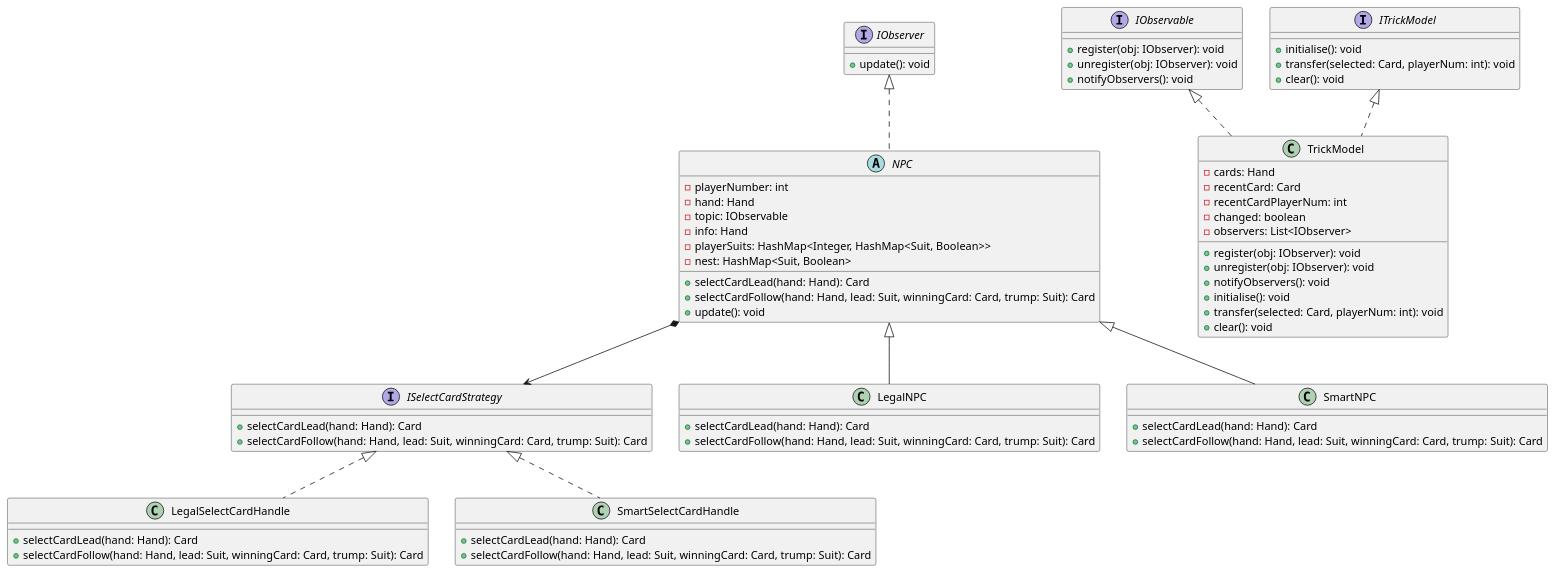
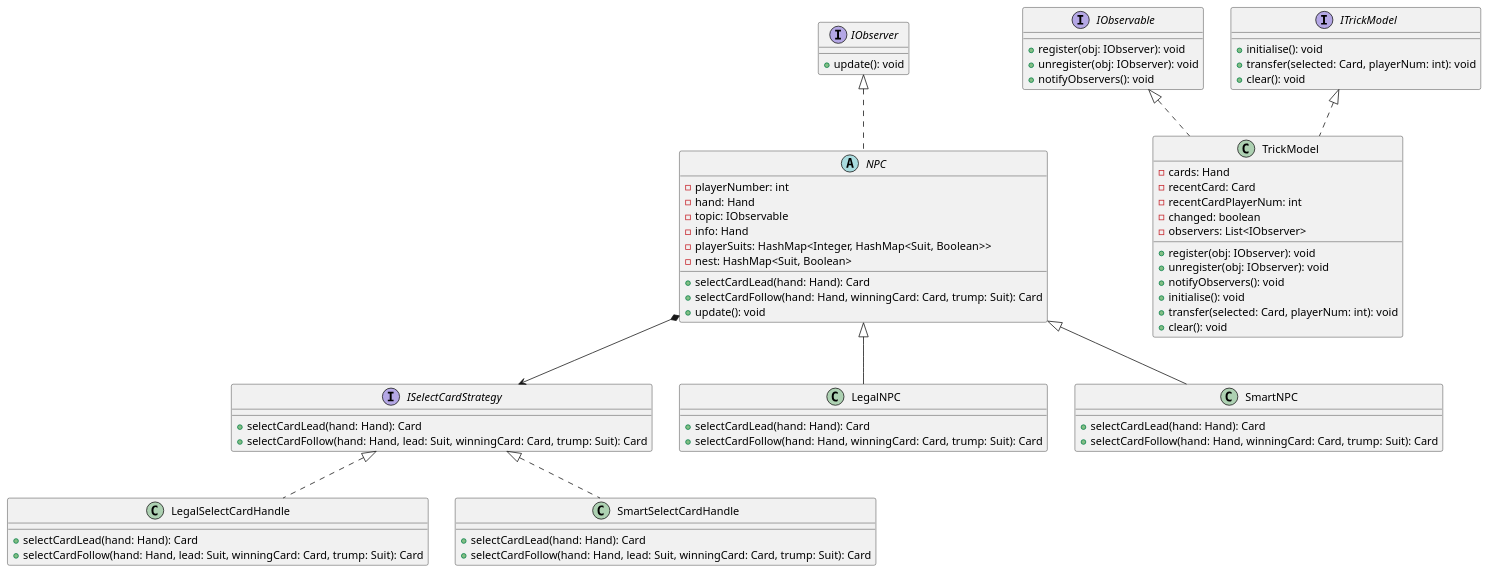
Before and after one commit to Haswf/Whist: the diagram in uml/DesignClassDiagram.puml, drawn with PlantUML. The commit also changed 7 other files, not shown here.

```diff
--- a/uml/DesignClassDiagram.puml
+++ b/uml/DesignClassDiagram.puml
@@ -1,75 +1,75 @@
 @startuml
 
 abstract class NPC implements IObserver {
     - playerNumber: int
     - hand: Hand
     - topic: IObservable
     - info: Hand
     - playerSuits: HashMap<Integer, HashMap<Suit, Boolean>>
     - nest: HashMap<Suit, Boolean>
 
     + selectCardLead(hand: Hand): Card
-    + selectCardFollow(hand: Hand, lead: Suit, winningCard: Card, trump: Suit): Card
+    + selectCardFollow(hand: Hand, winningCard: Card, trump: Suit): Card
     + update(): void
 }
 NPC *--> ISelectCardStrategy
 
 class LegalNPC extends NPC {
     + selectCardLead(hand: Hand): Card
-    + selectCardFollow(hand: Hand, lead: Suit, winningCard: Card, trump: Suit): Card
+    + selectCardFollow(hand: Hand, winningCard: Card, trump: Suit): Card
 }
 
 
 class SmartNPC extends NPC {
      + selectCardLead(hand: Hand): Card
-     + selectCardFollow(hand: Hand, lead: Suit, winningCard: Card, trump: Suit): Card
+     + selectCardFollow(hand: Hand, winningCard: Card, trump: Suit): Card
 }
 
 interface ISelectCardStrategy {
     + selectCardLead(hand: Hand): Card
     + selectCardFollow(hand: Hand, lead: Suit, winningCard: Card, trump: Suit): Card
 }
 
 class LegalSelectCardHandle implements ISelectCardStrategy{
     + selectCardLead(hand: Hand): Card
     + selectCardFollow(hand: Hand, lead: Suit, winningCard: Card, trump: Suit): Card
 }
 
 class SmartSelectCardHandle implements ISelectCardStrategy{
     + selectCardLead(hand: Hand): Card
     + selectCardFollow(hand: Hand, lead: Suit, winningCard: Card, trump: Suit): Card
 }
 
 interface IObserver {
     + update(): void
 }
 
 interface IObservable {
     + register(obj: IObserver): void
     + unregister(obj: IObserver): void
     + notifyObservers(): void
 }
 
 interface ITrickModel {
     + initialise(): void
     + transfer(selected: Card, playerNum: int): void
     + clear(): void
 }
 
 class TrickModel implements IObservable, ITrickModel{
     - cards: Hand
     - recentCard: Card
     - recentCardPlayerNum: int
     - changed: boolean
     - observers: List<IObserver>
 
     + register(obj: IObserver): void
     + unregister(obj: IObserver): void
     + notifyObservers(): void
     + initialise(): void
     + transfer(selected: Card, playerNum: int): void
     + clear(): void
 }
 
 
 @enduml
```
